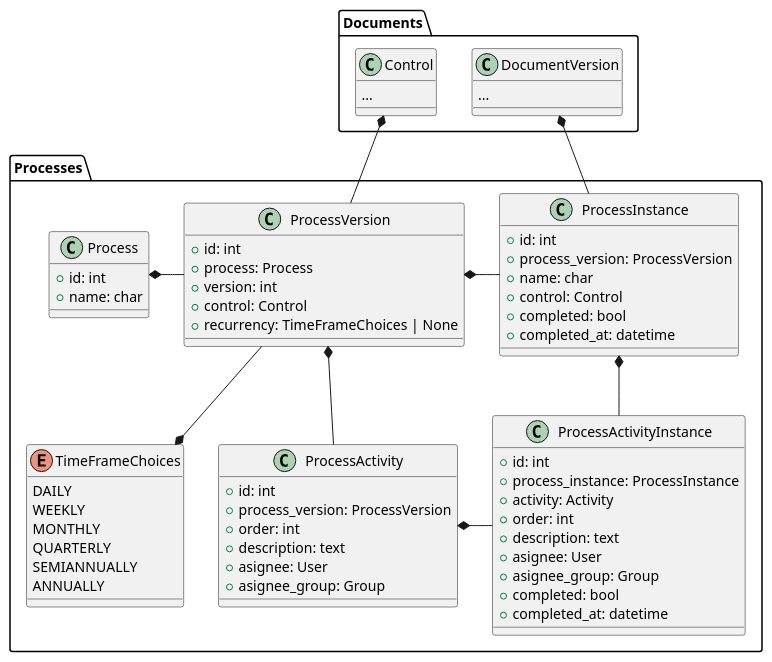
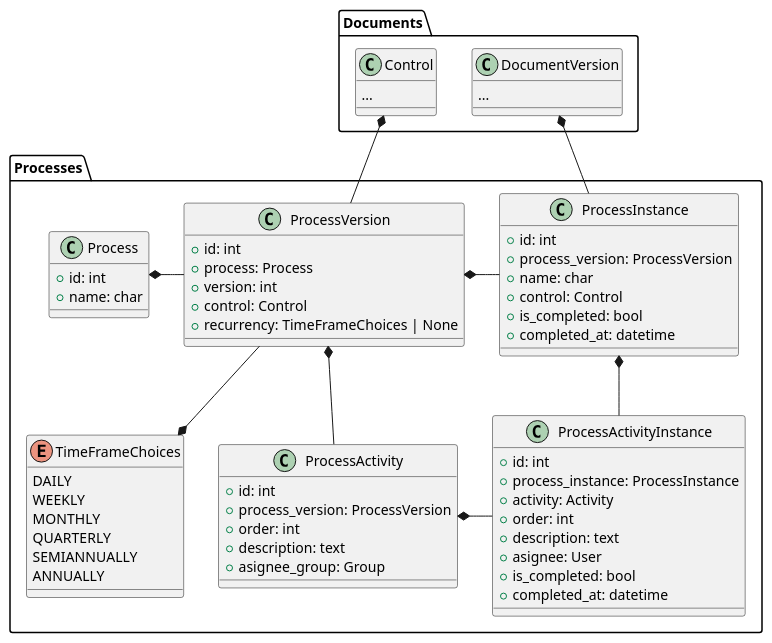
One commit to Gabo-araya/sgsi_ext changed the fourth of 4 diagrams in docs/rfc/InitialModellingRFC.md. Above: the diagram before and after it, drawn with PlantUML. The commit also changed 35 other files, not shown here.

````diff
--- a/docs/rfc/InitialModellingRFC.md
+++ b/docs/rfc/InitialModellingRFC.md
@@ -187,68 +187,66 @@
 ```plantuml
 package Processes {
     class Process {
         + id: int
         + name: char
     }
     class ProcessVersion {
         + id: int
         + process: Process
         + version: int
         + control: Control
         + recurrency: TimeFrameChoices | None
     }
     class ProcessInstance {
         + id: int
         + process_version: ProcessVersion
         + name: char
         + control: Control
-        + completed: bool
+        + is_completed: bool
         + completed_at: datetime
     }
     class ProcessActivity {
         + id: int
         + process_version: ProcessVersion
         + order: int
         + description: text
-        + asignee: User
         + asignee_group: Group
     }
     class ProcessActivityInstance {
         + id: int
         + process_instance: ProcessInstance
         + activity: Activity
         + order: int
         + description: text
         + asignee: User
-        + asignee_group: Group
-        + completed: bool
+        + is_completed: bool
         + completed_at: datetime
     }
     enum TimeFrameChoices {
         DAILY
         WEEKLY
         MONTHLY
         QUARTERLY
         SEMIANNUALLY
         ANNUALLY
     }
 }
 
 class Documents.Control {
     ...
 }
 
 class Documents.DocumentVersion {
     ...
 }
 
 
 Processes.ProcessVersion -up-* Documents.Control
 Processes.ProcessVersion --* Processes.TimeFrameChoices
 Processes.ProcessInstance -up-* Documents.DocumentVersion
 Processes.ProcessInstance -left* Processes.ProcessVersion
 Processes.ProcessActivity --* Processes.ProcessVersion
 Processes.ProcessVersion -left-* Processes.Process
 Processes.ProcessActivityInstance -* Processes.ProcessActivity
 Processes.ProcessActivityInstance -up-* Processes.ProcessInstance
 ```
````
